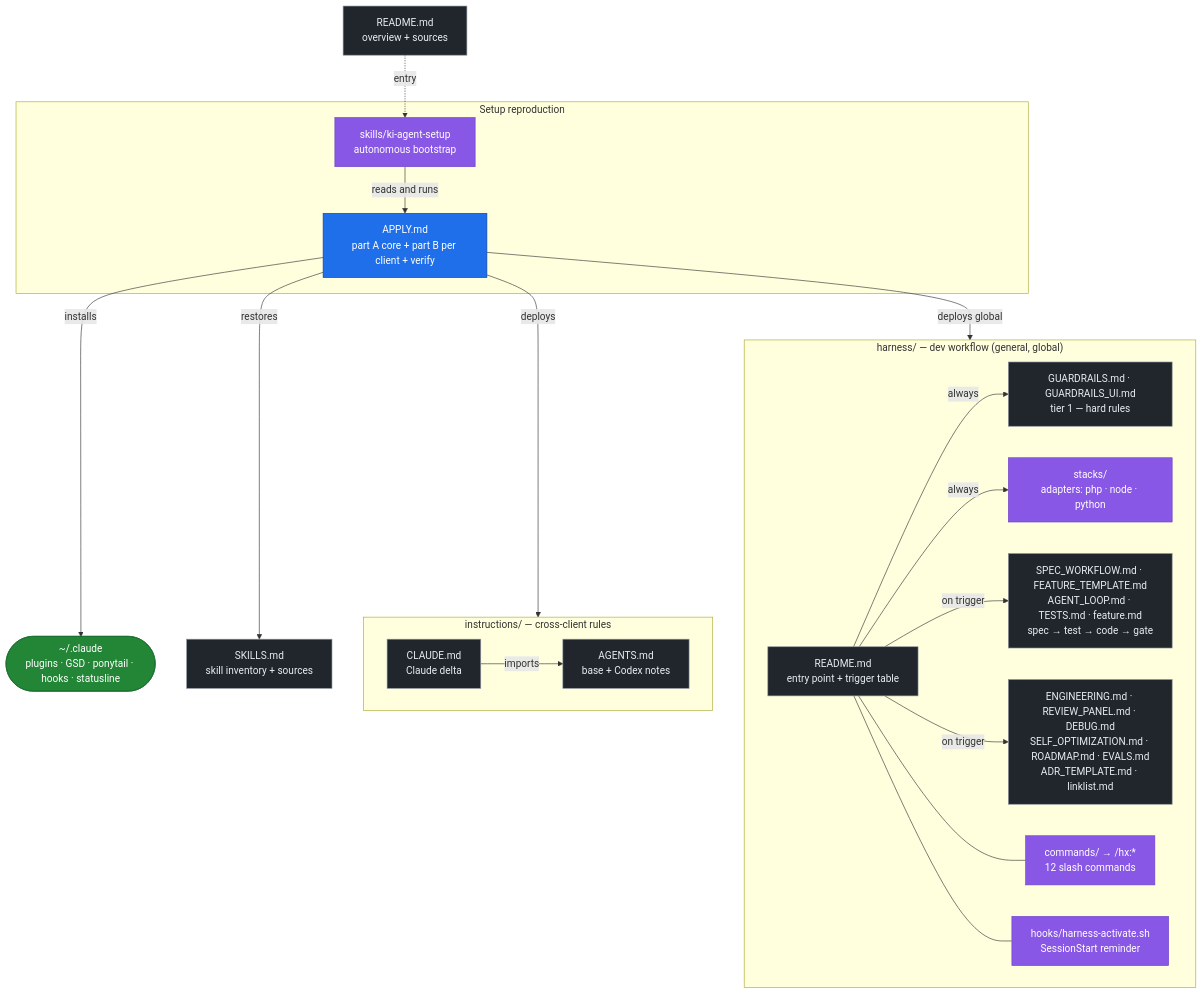
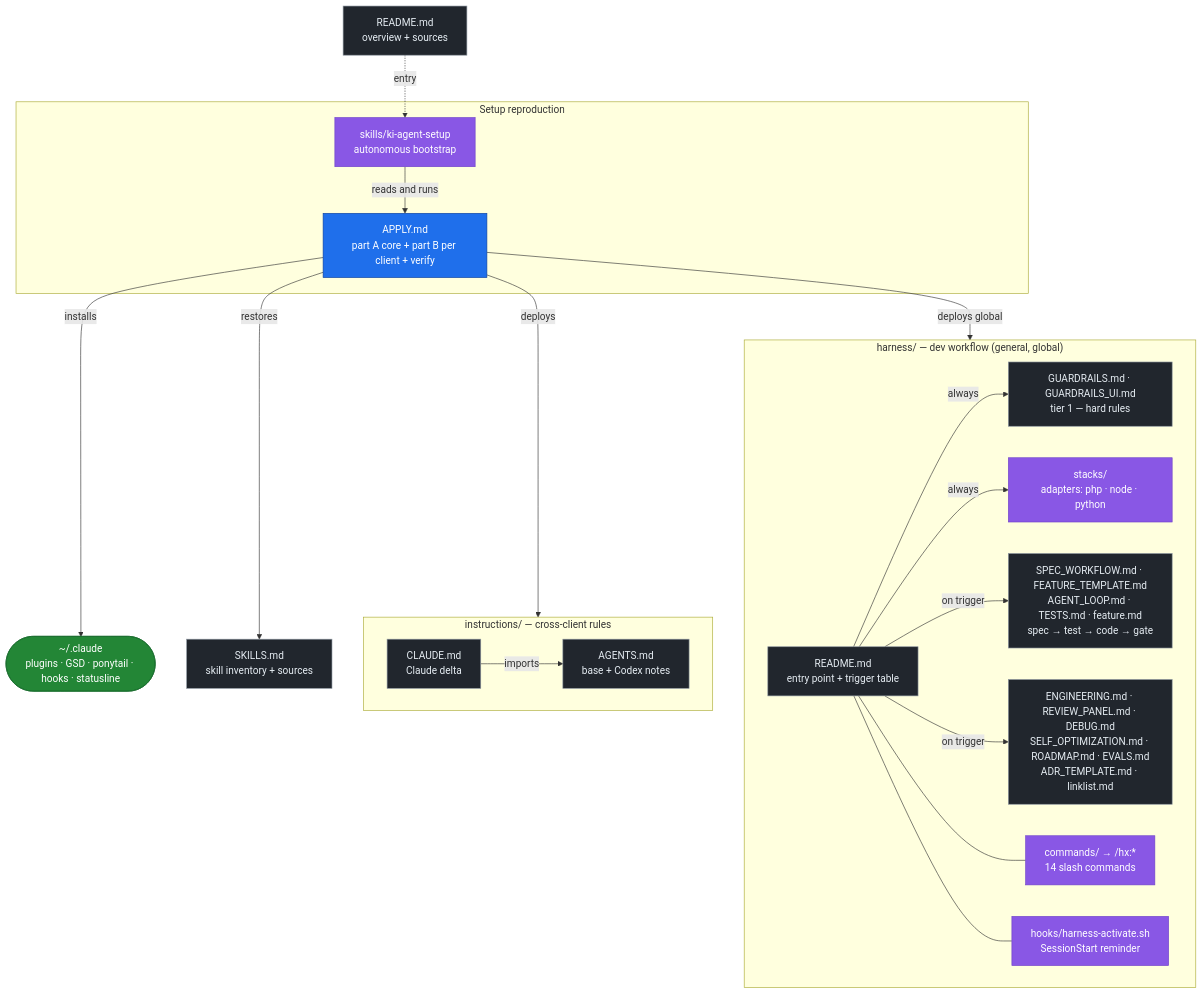
One commit to derivo/ki-agent-setup changed the diagram in README.en.md. Above: the diagram before and after it, drawn with Mermaid. The commit also changed other lines of this file and 3 other files, not shown here.

````diff
--- a/README.en.md
+++ b/README.en.md
@@ -156,43 +156,43 @@
 ```mermaid
 flowchart TD
     README["README.md<br/>overview + sources"]:::doc
 
     subgraph SETUP[" Setup reproduction "]
         SKILL["skills/ki-agent-setup<br/>autonomous bootstrap"]:::skill
         APPLY["APPLY.md<br/>part A core + part B per client + verify"]:::core
         SKILL -->|reads and runs| APPLY
     end
 
     subgraph INSTR[" instructions/ — cross-client rules "]
         AGENTS["AGENTS.md<br/>base + Codex notes"]:::doc
         CLAUDE["CLAUDE.md<br/>Claude delta"]:::doc
         CLAUDE -->|imports| AGENTS
     end
 
     SKILLS["SKILLS.md<br/>skill inventory + sources"]:::doc
     TOOLS(["~/.claude<br/>plugins · GSD · ponytail · hooks · statusline"]):::target
 
     subgraph HARN[" harness/ — dev workflow (general, global) "]
         HREADME["README.md<br/>entry point + trigger table"]:::doc
         GUARD["GUARDRAILS.md · GUARDRAILS_UI.md<br/>tier 1 — hard rules"]:::doc
         PHPAD["stacks/<br/>adapters: php · node · python"]:::skill
         FLOW["SPEC_WORKFLOW.md · FEATURE_TEMPLATE.md<br/>AGENT_LOOP.md · TESTS.md · feature.md<br/>spec → test → code → gate"]:::doc
         REF["ENGINEERING.md · REVIEW_PANEL.md · DEBUG.md<br/>SELF_OPTIMIZATION.md · ROADMAP.md · EVALS.md<br/>ADR_TEMPLATE.md · linklist.md"]:::doc
-        CMDS["commands/ → /hx:*<br/>12 slash commands"]:::skill
+        CMDS["commands/ → /hx:*<br/>14 slash commands"]:::skill
         HHOOK["hooks/harness-activate.sh<br/>SessionStart reminder"]:::skill
         HREADME -->|always| GUARD & PHPAD
         HREADME -->|on trigger| FLOW & REF
         HREADME --- CMDS & HHOOK
     end
 
     README -. entry .-> SKILL
     APPLY -->|deploys| INSTR
     APPLY -->|installs| TOOLS
     APPLY -->|restores| SKILLS
     APPLY -->|deploys global| HARN
 
     classDef core fill:#1f6feb,stroke:#0d419d,color:#fff;
     classDef skill fill:#8957e5,stroke:#6e40c9,color:#fff;
     classDef doc fill:#21262d,stroke:#8b949e,color:#e6edf3;
     classDef target fill:#238636,stroke:#196c2e,color:#fff;
 ```
````
